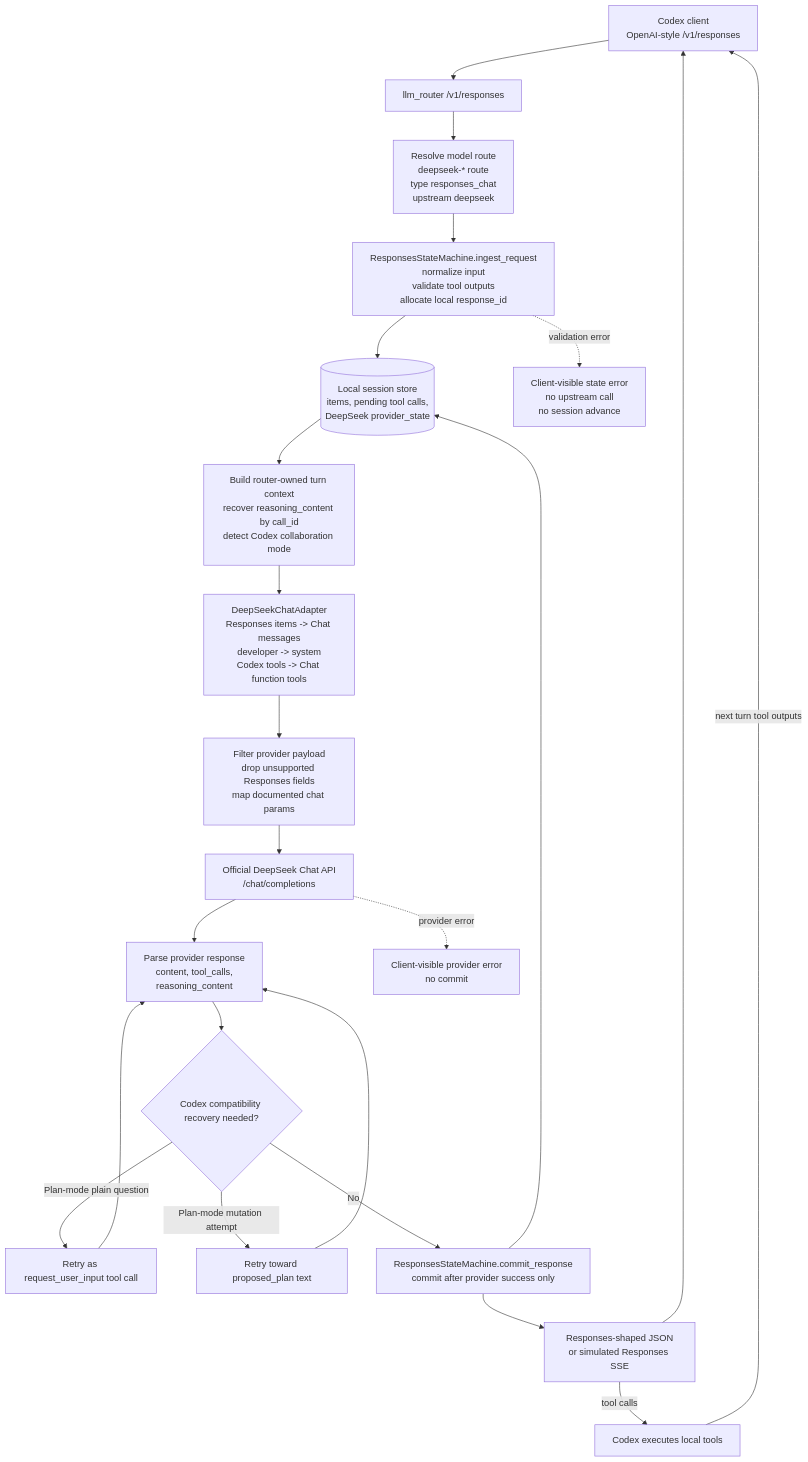
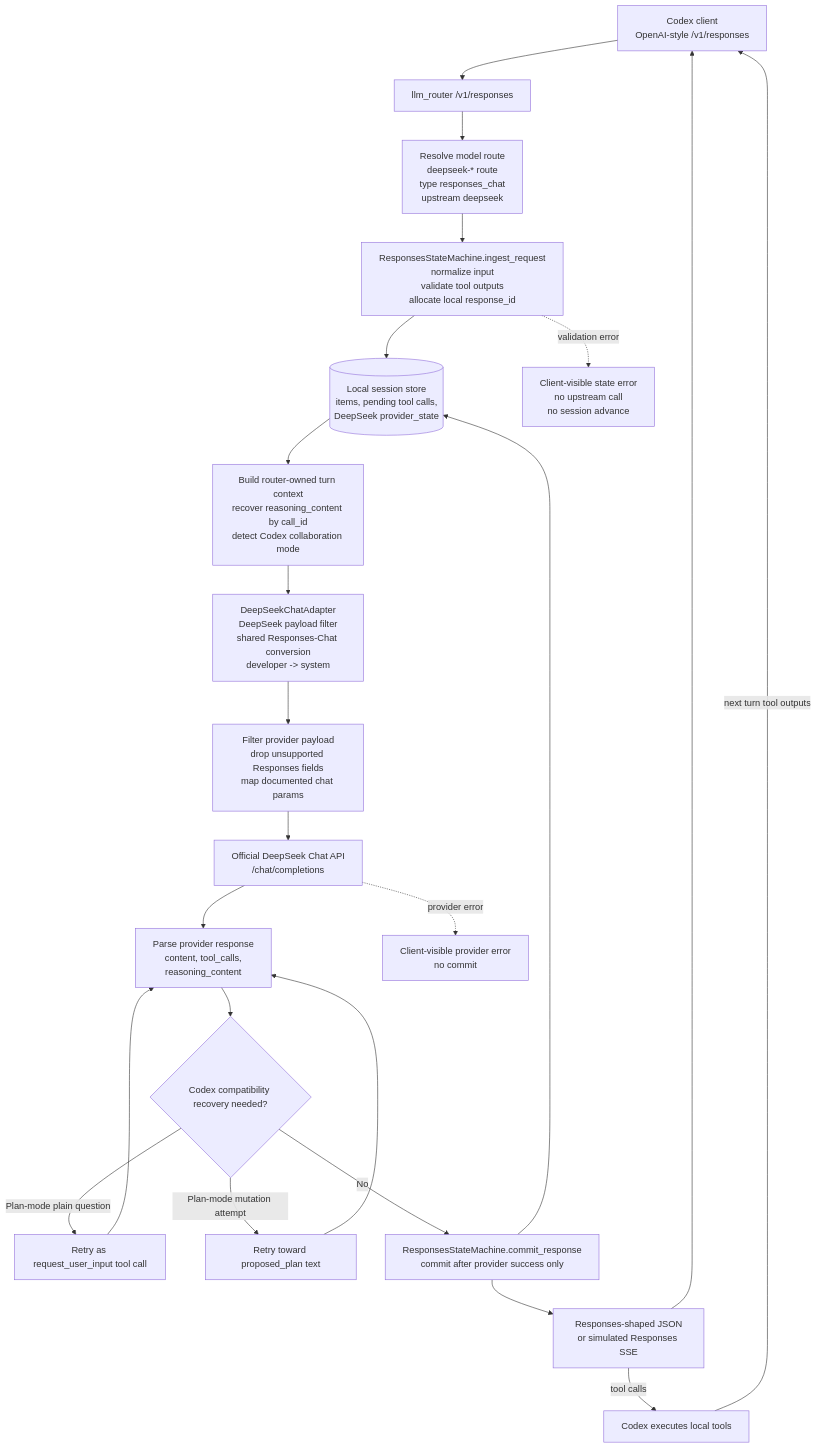
Before and after one commit to ansatzX/llm_router: the first of 2 diagrams in README.md, drawn with Mermaid. The commit also changed 8 other files, not shown here.

Commit message:
refactor: split Xiaomi chat adapter base

````diff
--- a/README.md
+++ b/README.md
@@ -63,26 +63,26 @@
 ```mermaid
 flowchart TD
     C[Codex client<br/>OpenAI-style /v1/responses] --> R[llm_router /v1/responses]
     R --> RESOLVE[Resolve model route<br/>deepseek-* route<br/>type responses_chat<br/>upstream deepseek]
     RESOLVE --> INGEST[ResponsesStateMachine.ingest_request<br/>normalize input<br/>validate tool outputs<br/>allocate local response_id]
     INGEST --> SESSION[(Local session store<br/>items, pending tool calls,<br/>DeepSeek provider_state)]
     SESSION --> CTX[Build router-owned turn context<br/>recover reasoning_content by call_id<br/>detect Codex collaboration mode]
-    CTX --> ADAPT[DeepSeekChatAdapter<br/>Responses items -> Chat messages<br/>developer -> system<br/>Codex tools -> Chat function tools]
+    CTX --> ADAPT[DeepSeekChatAdapter<br/>DeepSeek payload filter<br/>shared Responses-Chat conversion<br/>developer -> system]
     ADAPT --> FILTER[Filter provider payload<br/>drop unsupported Responses fields<br/>map documented chat params]
     FILTER --> DS[Official DeepSeek Chat API<br/>/chat/completions]
     DS --> PARSE[Parse provider response<br/>content, tool_calls,<br/>reasoning_content]
     PARSE --> RECOVER{Codex compatibility recovery needed?}
     RECOVER -->|Plan-mode plain question| RETRY_UI[Retry as request_user_input tool call]
     RECOVER -->|Plan-mode mutation attempt| RETRY_PLAN[Retry toward proposed_plan text]
     RECOVER -->|No| COMMIT[ResponsesStateMachine.commit_response<br/>commit after provider success only]
     RETRY_UI --> PARSE
     RETRY_PLAN --> PARSE
     COMMIT --> SESSION
     COMMIT --> OUT[Responses-shaped JSON<br/>or simulated Responses SSE]
     OUT --> C
     OUT -->|tool calls| TOOLS[Codex executes local tools]
     TOOLS -->|next turn tool outputs| C
 
     INGEST -.->|validation error| E1[Client-visible state error<br/>no upstream call<br/>no session advance]
     DS -.->|provider error| E2[Client-visible provider error<br/>no commit]
 ```
````
